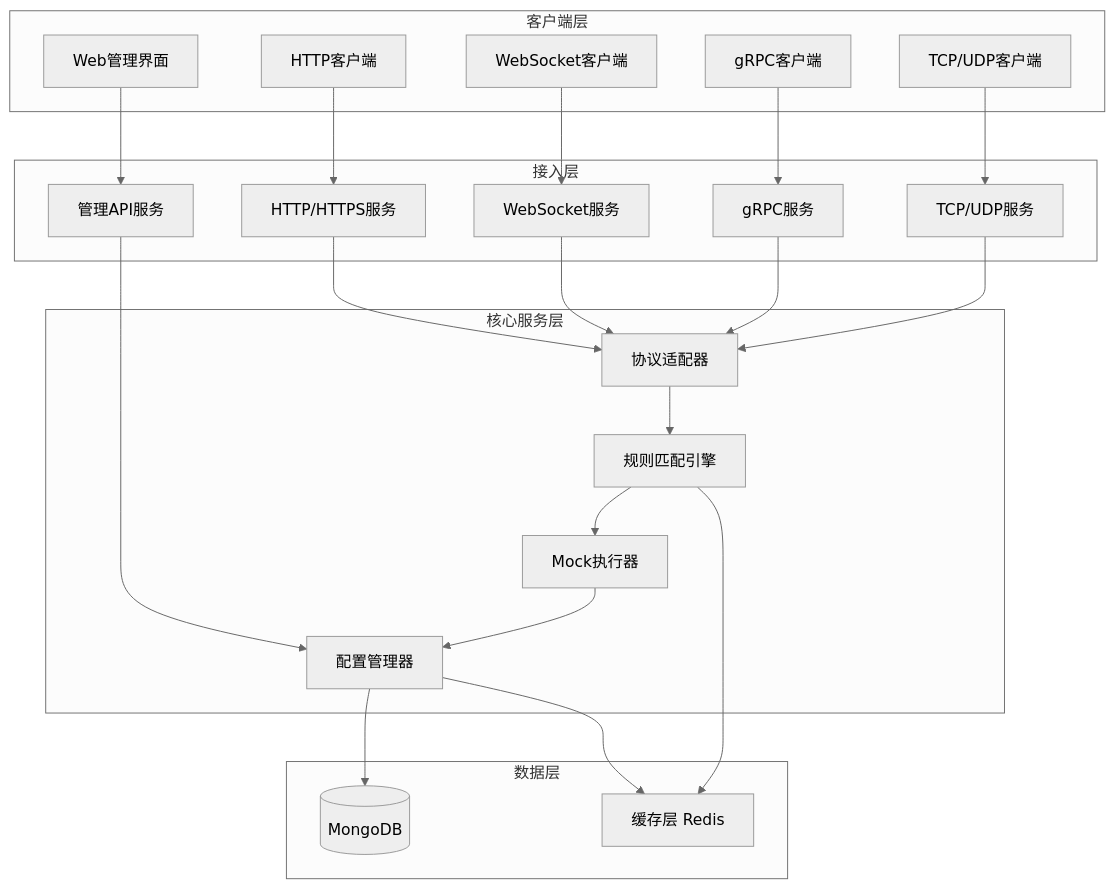
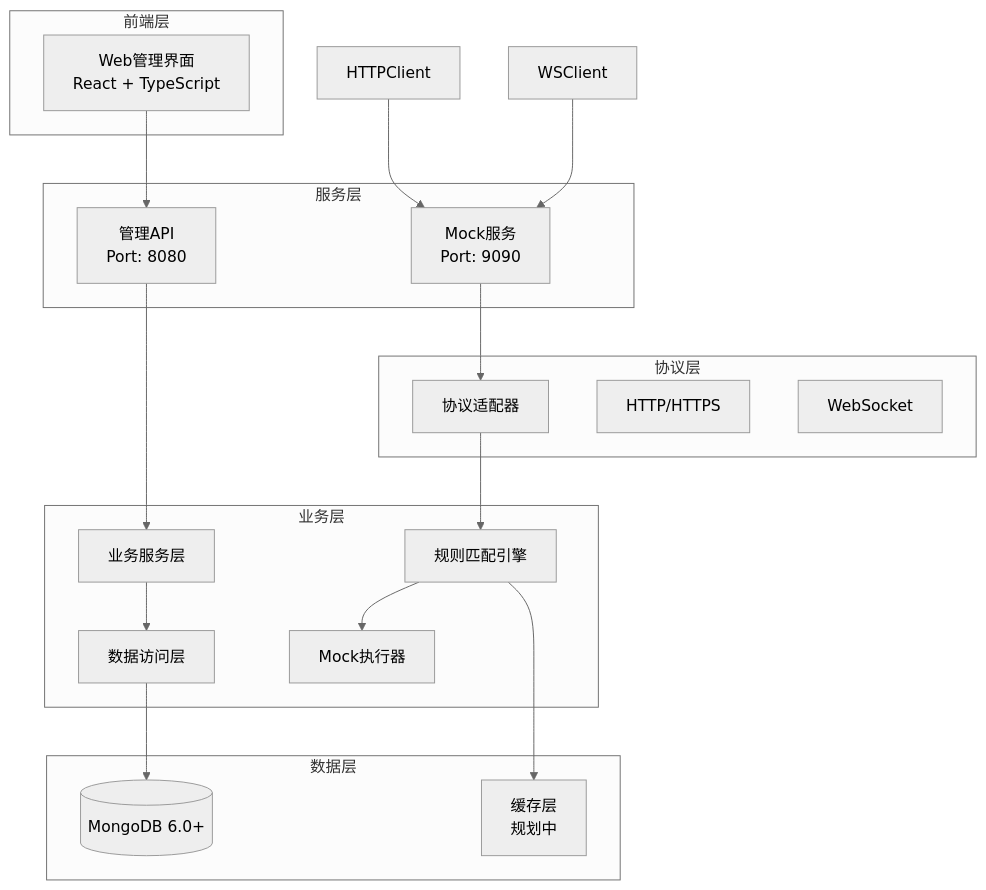
One commit to hrygo/gomockserver changed the first of 2 diagrams in .qoder/planning/architecture/system-design.md. Above: the diagram before and after it, drawn with Mermaid (neutral theme). The commit also changed other lines of this file, not shown here.

````diff
--- a/.qoder/planning/architecture/system-design.md
+++ b/.qoder/planning/architecture/system-design.md
@@ -19,50 +29,43 @@
 ```mermaid
 graph TB
-    subgraph "客户端层"
-        WebUI[Web管理界面]
-        HTTPClient[HTTP客户端]
-        WSClient[WebSocket客户端]
-        GRPCClient[gRPC客户端]
-        TCPClient[TCP/UDP客户端]
+    subgraph "前端层"
+        WebUI[Web管理界面<br/>React + TypeScript]
     end
-    
-    subgraph "接入层"
-        AdminAPI[管理API服务]
-        HTTPServer[HTTP/HTTPS服务]
-        WSServer[WebSocket服务]
-        GRPCServer[gRPC服务]
-        TCPServer[TCP/UDP服务]
+
+    subgraph "服务层"
+        AdminAPI[管理API<br/>Port: 8080]
+        MockAPI[Mock服务<br/>Port: 9090]
     end
-    
-    subgraph "核心服务层"
-        RuleEngine[规则匹配引擎]
-        MockExecutor[Mock执行器]
-        ConfigManager[配置管理器]
-        ProtocolAdapter[协议适配器]
+
+    subgraph "业务层"
+        Engine[规则匹配引擎]
+        Executor[Mock执行器]
+        Service[业务服务层]
+        Repository[数据访问层]
     end
-    
+
+    subgraph "协议层"
+        Adapter[协议适配器]
+        HTTPAdapter[HTTP/HTTPS]
+        WSAdapter[WebSocket]
+    end
+
     subgraph "数据层"
-        MongoDB[(MongoDB)]
-        Cache[缓存层 Redis]
+        MongoDB[(MongoDB 6.0+)]
+        Cache[缓存层<br/>规划中]
     end
-    
+
     WebUI --> AdminAPI
-    HTTPClient --> HTTPServer
-    WSClient --> WSServer
-    GRPCClient --> GRPCServer
-    TCPClient --> TCPServer
-    
-    AdminAPI --> ConfigManager
-    HTTPServer --> ProtocolAdapter
-    WSServer --> ProtocolAdapter
-    GRPCServer --> ProtocolAdapter
-    TCPServer --> ProtocolAdapter
-    
-    ProtocolAdapter --> RuleEngine
-    RuleEngine --> MockExecutor
-    MockExecutor --> ConfigManager
-    
-    ConfigManager --> MongoDB
-    ConfigManager --> Cache
-    RuleEngine --> Cache
+    HTTPClient --> MockAPI
+    WSClient --> MockAPI
+
+    AdminAPI --> Service
+    MockAPI --> Adapter
+
+    Adapter --> Engine
+    Engine --> Executor
+    Service --> Repository
+
+    Repository --> MongoDB
+    Engine --> Cache
 ```
````
